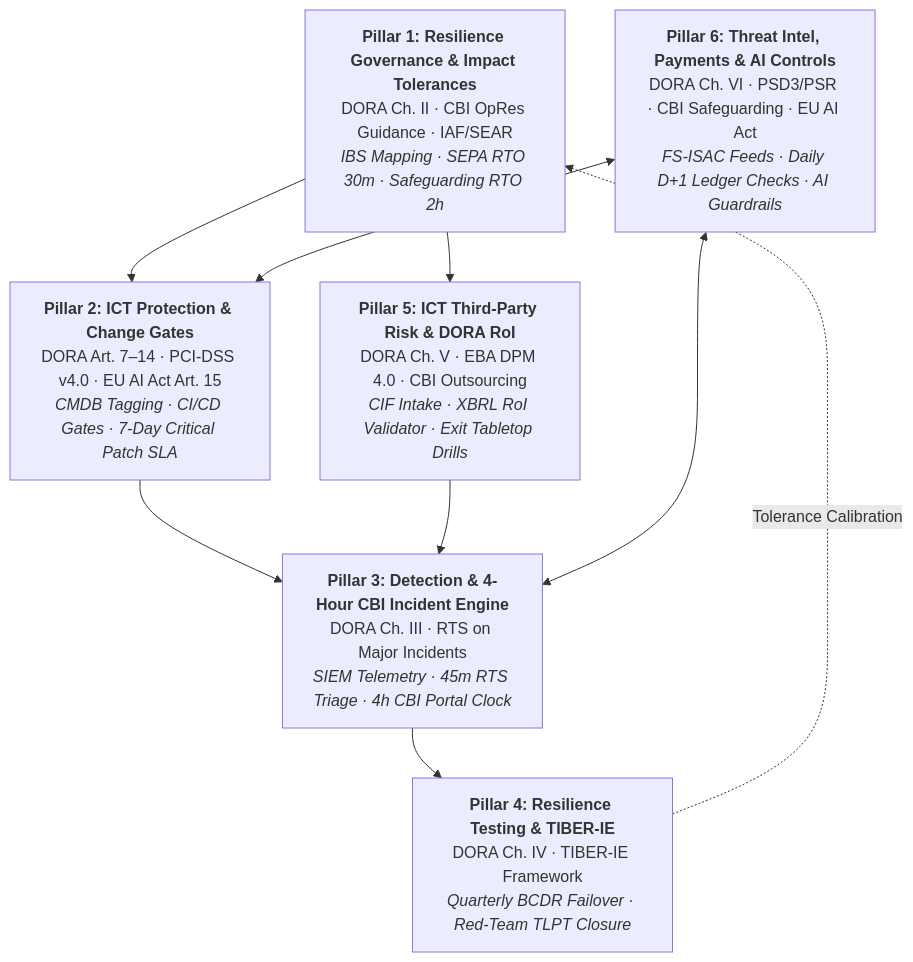
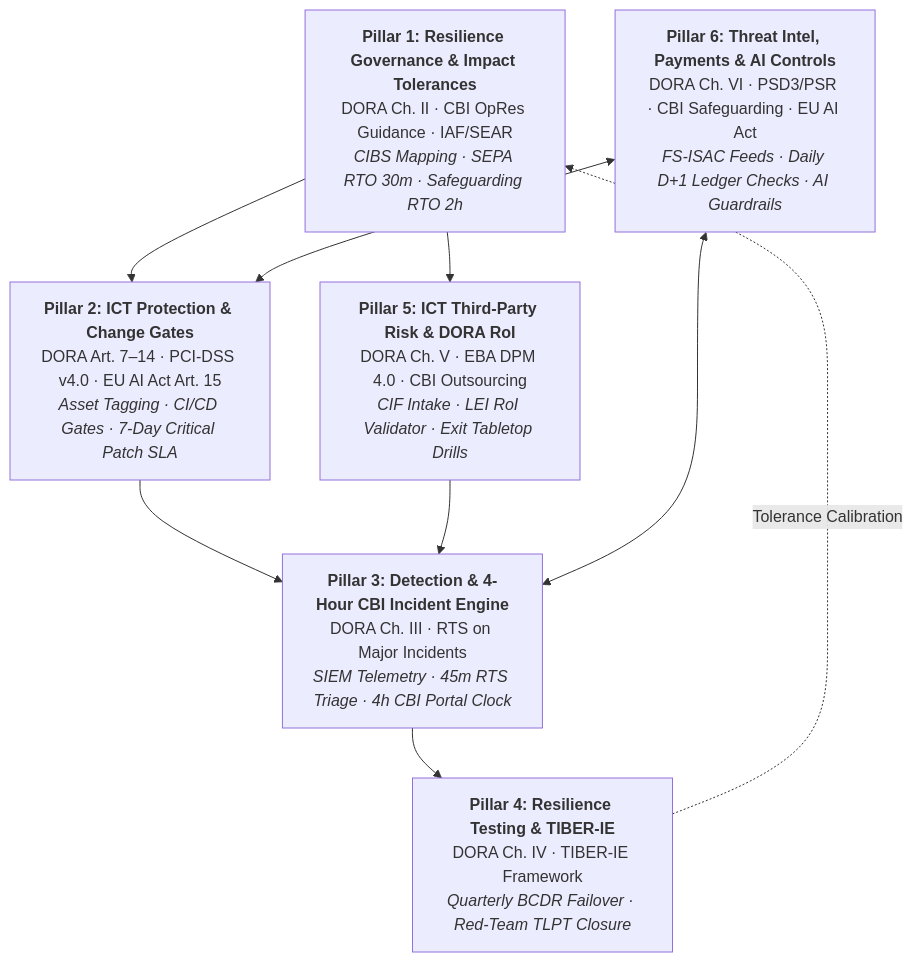
One commit to rohit-261093/irish-payment-institution-ict-risk changed the diagram in index.md. Above: the diagram before and after it, drawn with Mermaid. The commit also changed other lines of this file, not shown here.

````diff
--- a/index.md
+++ b/index.md
@@ -16,23 +16,23 @@
 ```mermaid
 flowchart TD
-    P1["<b>Pillar 1: Resilience Governance &amp; Impact Tolerances</b><br/>DORA Ch. II · CBI OpRes Guidance · IAF/SEAR<br/><i>IBS Mapping · SEPA RTO 30m · Safeguarding RTO 2h</i>"]
+    P1["<b>Pillar 1: Resilience Governance &amp; Impact Tolerances</b><br/>DORA Ch. II · CBI OpRes Guidance · IAF/SEAR<br/><i>CIBS Mapping · SEPA RTO 30m · Safeguarding RTO 2h</i>"]
 
-    P2["<b>Pillar 2: ICT Protection &amp; Change Gates</b><br/>DORA Art. 7–14 · PCI-DSS v4.0 · EU AI Act Art. 15<br/><i>CMDB Tagging · CI/CD Gates · 7-Day Critical Patch SLA</i>"]
+    P2["<b>Pillar 2: ICT Protection &amp; Change Gates</b><br/>DORA Art. 7–14 · PCI-DSS v4.0 · EU AI Act Art. 15<br/><i>Asset Tagging · CI/CD Gates · 7-Day Critical Patch SLA</i>"]
 
-    P5["<b>Pillar 5: ICT Third-Party Risk &amp; DORA RoI</b><br/>DORA Ch. V · EBA DPM 4.0 · CBI Outsourcing<br/><i>CIF Intake · XBRL RoI Validator · Exit Tabletop Drills</i>"]
+    P5["<b>Pillar 5: ICT Third-Party Risk &amp; DORA RoI</b><br/>DORA Ch. V · EBA DPM 4.0 · CBI Outsourcing<br/><i>CIF Intake · LEI RoI Validator · Exit Tabletop Drills</i>"]
 
     P3["<b>Pillar 3: Detection &amp; 4-Hour CBI Incident Engine</b><br/>DORA Ch. III · RTS on Major Incidents<br/><i>SIEM Telemetry · 45m RTS Triage · 4h CBI Portal Clock</i>"]
 
     P4["<b>Pillar 4: Resilience Testing &amp; TIBER-IE</b><br/>DORA Ch. IV · TIBER-IE Framework<br/><i>Quarterly BCDR Failover · Red-Team TLPT Closure</i>"]
 
     P6["<b>Pillar 6: Threat Intel, Payments &amp; AI Controls</b><br/>DORA Ch. VI · PSD3/PSR · CBI Safeguarding · EU AI Act<br/><i>FS-ISAC Feeds · Daily D+1 Ledger Checks · AI Guardrails</i>"]
 
     P1 --> P2
     P1 --> P5
     P2 --> P3
     P5 --> P3
     P3 --> P4
     P4 -.->|Tolerance Calibration| P1
     P6 <--> P2
     P6 <--> P3
 ```
````
